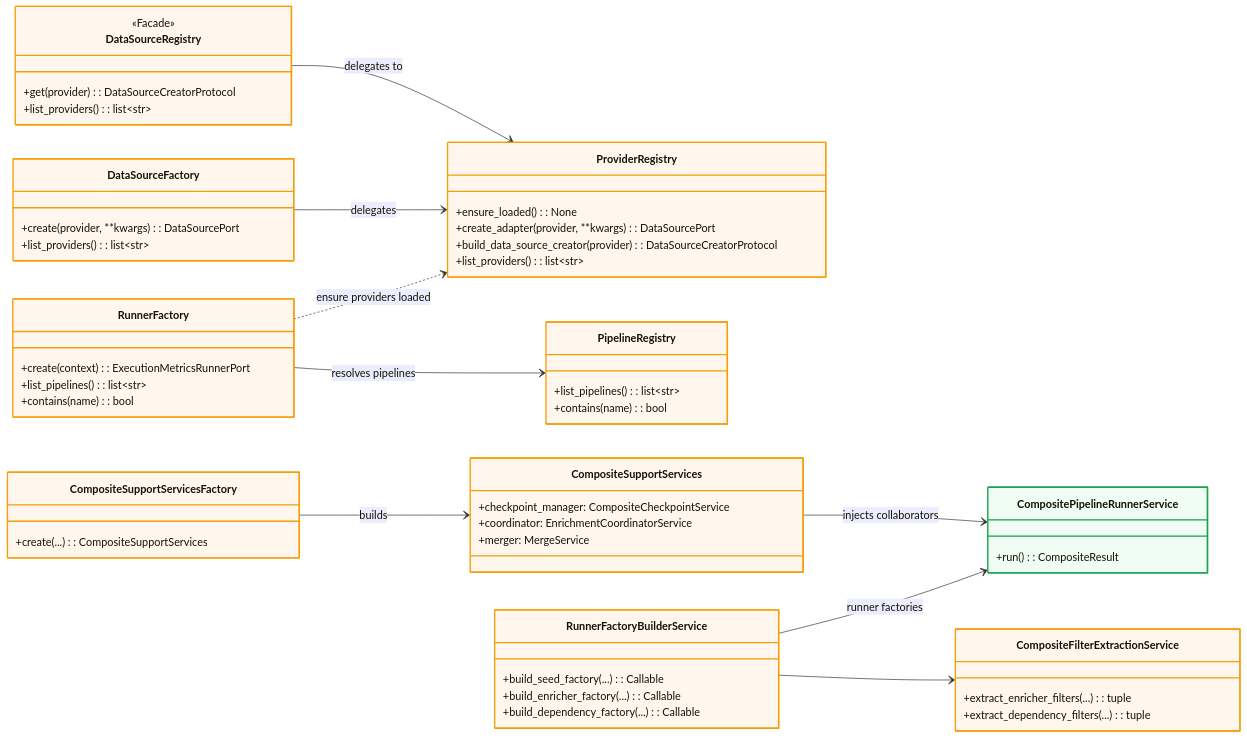
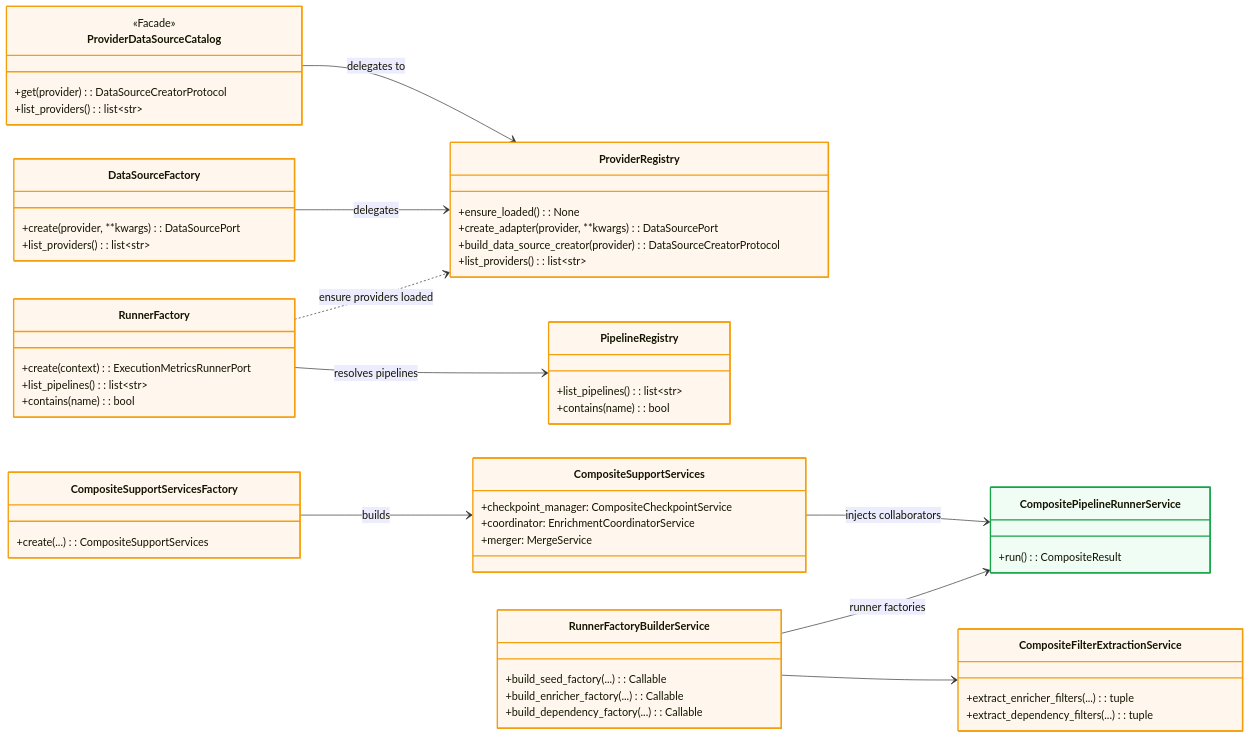
One commit to SatoryKono/BioactivityDataAcquisition changed the diagram in docs/02-architecture/diagrams/class-diagrams/16-factories-bootstrap.mmd. Above: the diagram before and after it, drawn with Mermaid. The commit also changed 60 other files, not shown here.

```diff
--- a/docs/02-architecture/diagrams/class-diagrams/16-factories-bootstrap.mmd
+++ b/docs/02-architecture/diagrams/class-diagrams/16-factories-bootstrap.mmd
@@ -1,85 +1,85 @@
 %% BioETL — Class Diagram: Factories & Bootstrap
 %% Current composition-layer factories, provider registry, and runtime assembly.
 
 %% @version 1.1.0
 %% @date    2026-03-16
 %% @type    classDiagram
 %% @level   Class / Interface
 %% @nodes   9
 %% @uniform class width=208 height=138 max_title_len=22 max_desc_lines=6
 
 classDiagram
     direction LR
     class ProviderRegistry {
         +ensure_loaded(): None
         +create_adapter(provider, **kwargs): DataSourcePort
         +build_data_source_creator(provider): DataSourceCreatorProtocol
         +list_providers(): list~str~
     }
 
-    class DataSourceRegistry {
+    class ProviderDataSourceCatalog {
         <<Facade>>
         +get(provider): DataSourceCreatorProtocol
         +list_providers(): list~str~
     }
 
     class DataSourceFactory {
         +create(provider, **kwargs): DataSourcePort
         +list_providers(): list~str~
     }
 
     class PipelineRegistry {
         +list_pipelines(): list~str~
         +contains(name): bool
     }
 
     class RunnerFactory {
         +create(context): ExecutionMetricsRunnerPort
         +list_pipelines(): list~str~
         +contains(name): bool
     }
 
     class RunnerFactoryBuilderService {
         +build_seed_factory(...): Callable
         +build_enricher_factory(...): Callable
         +build_dependency_factory(...): Callable
     }
 
     class CompositeFilterExtractionService {
         +extract_enricher_filters(...): tuple
         +extract_dependency_filters(...): tuple
     }
 
     class CompositeSupportServices {
         +checkpoint_manager: CompositeCheckpointService
         +coordinator: EnrichmentCoordinatorService
         +merger: MergeService
     }
 
     class CompositeSupportServicesFactory {
         +create(...): CompositeSupportServices
     }
 
     class CompositePipelineRunnerService {
         +run(): CompositeResult
     }
 
-    DataSourceRegistry --> ProviderRegistry : delegates to
+    ProviderDataSourceCatalog --> ProviderRegistry : delegates to
     DataSourceFactory --> ProviderRegistry : delegates
     RunnerFactory --> PipelineRegistry : resolves pipelines
     RunnerFactory ..> ProviderRegistry : ensure providers loaded
     RunnerFactoryBuilderService --> CompositeFilterExtractionService
     CompositeSupportServicesFactory --> CompositeSupportServices : builds
     CompositeSupportServices --> CompositePipelineRunnerService : injects collaborators
     RunnerFactoryBuilderService --> CompositePipelineRunnerService : runner factories
 
     style ProviderRegistry fill:#fff7ed,stroke:#f59e0b,stroke-width:2px
-    style DataSourceRegistry fill:#fff7ed,stroke:#f59e0b,stroke-width:2px
+    style ProviderDataSourceCatalog fill:#fff7ed,stroke:#f59e0b,stroke-width:2px
     style DataSourceFactory fill:#fff7ed,stroke:#f59e0b,stroke-width:2px
     style PipelineRegistry fill:#fff7ed,stroke:#f59e0b,stroke-width:2px
     style RunnerFactory fill:#fff7ed,stroke:#f59e0b,stroke-width:2px
     style RunnerFactoryBuilderService fill:#fff7ed,stroke:#f59e0b,stroke-width:2px
     style CompositeFilterExtractionService fill:#fff7ed,stroke:#f59e0b,stroke-width:2px
     style CompositeSupportServices fill:#fff7ed,stroke:#f59e0b,stroke-width:2px
     style CompositeSupportServicesFactory fill:#fff7ed,stroke:#f59e0b,stroke-width:2px
     style CompositePipelineRunnerService fill:#f0fdf4,stroke:#16a34a,stroke-width:2px
```
